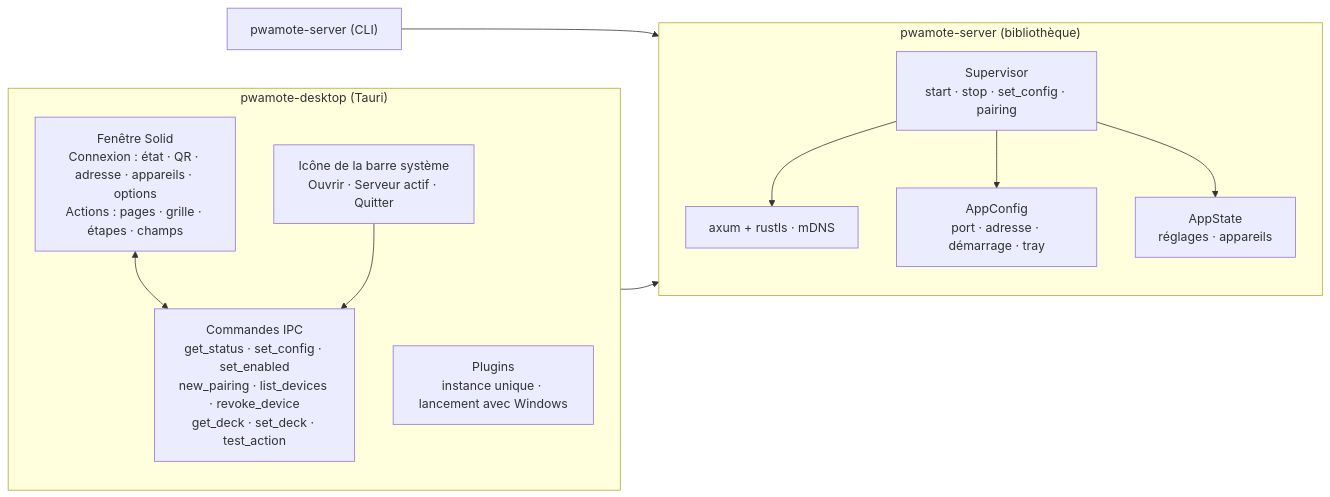
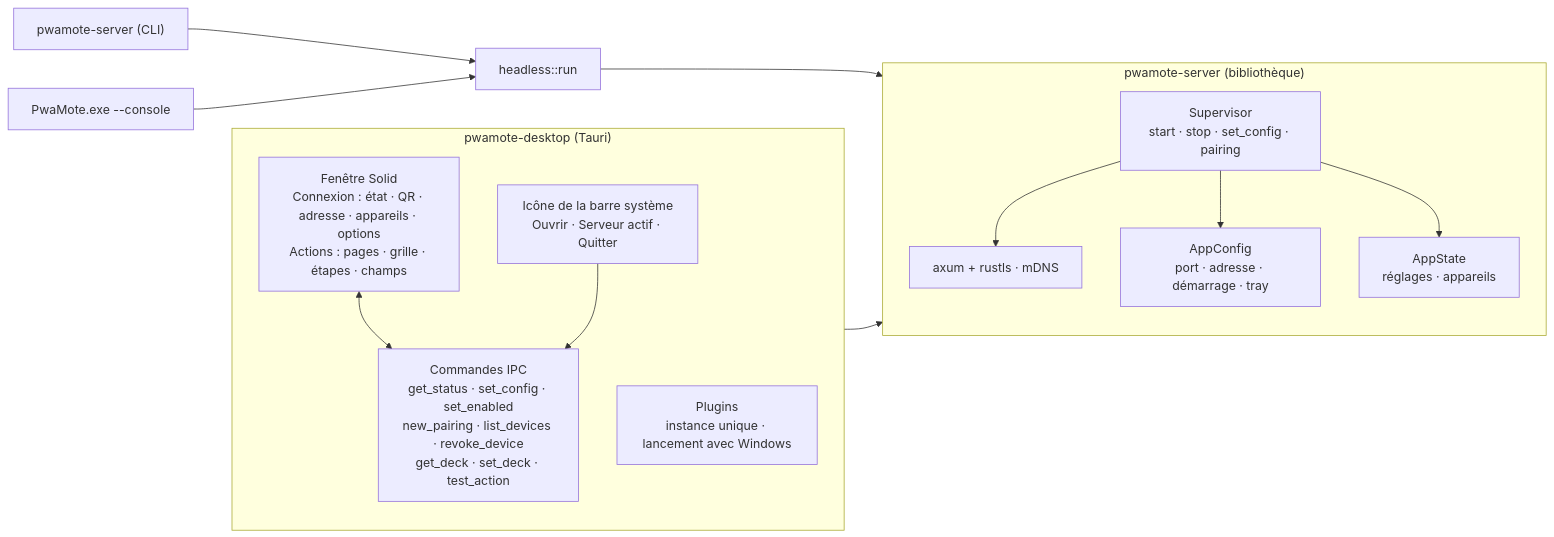
One commit to wardensfx/pwamote changed the second of 25 diagrams in docs/architecture.md. Above: the diagram before and after it, drawn with Mermaid. The commit also changed other lines of this file and 14 other files, not shown here.

````diff
--- a/docs/architecture.md
+++ b/docs/architecture.md
@@ -55,24 +55,26 @@
 ```mermaid
 flowchart LR
   subgraph Desktop["pwamote-desktop (Tauri)"]
     direction TB
     WIN["Fenêtre Solid<br/>Connexion : état · QR · adresse · appareils · options<br/>Actions : pages · grille · étapes · champs"]
     TRAY["Icône de la barre système<br/>Ouvrir · Serveur actif · Quitter"]
     CMD["Commandes IPC<br/>get_status · set_config · set_enabled<br/>new_pairing · list_devices · revoke_device<br/>get_deck · set_deck · test_action"]
     PLUG["Plugins<br/>instance unique · lancement avec Windows"]
     WIN <--> CMD
     TRAY --> CMD
   end
   subgraph Lib["pwamote-server (bibliothèque)"]
     direction TB
     SUP["Supervisor<br/>start · stop · set_config · pairing"]
     CFG["AppConfig<br/>port · adresse · démarrage · tray"]
     ST["AppState<br/>réglages · appareils"]
     NET["axum + rustls · mDNS"]
     SUP --> NET
     SUP --> CFG
     SUP --> ST
   end
   CMD --> SUP
-  CLI["pwamote-server (CLI)"] --> SUP
+  CLI["pwamote-server (CLI)"] --> HL["headless::run"]
+  CON["PwaMote.exe --console"] --> HL
+  HL --> SUP
 ```
````
